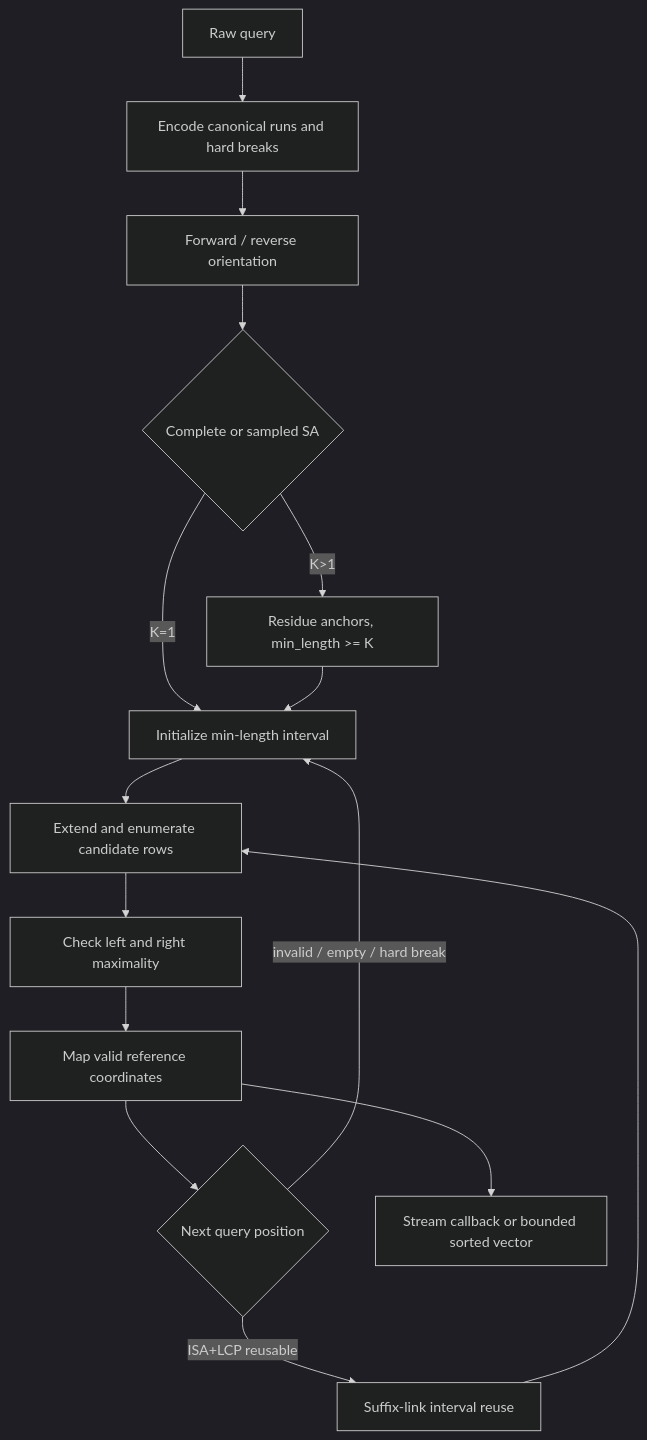
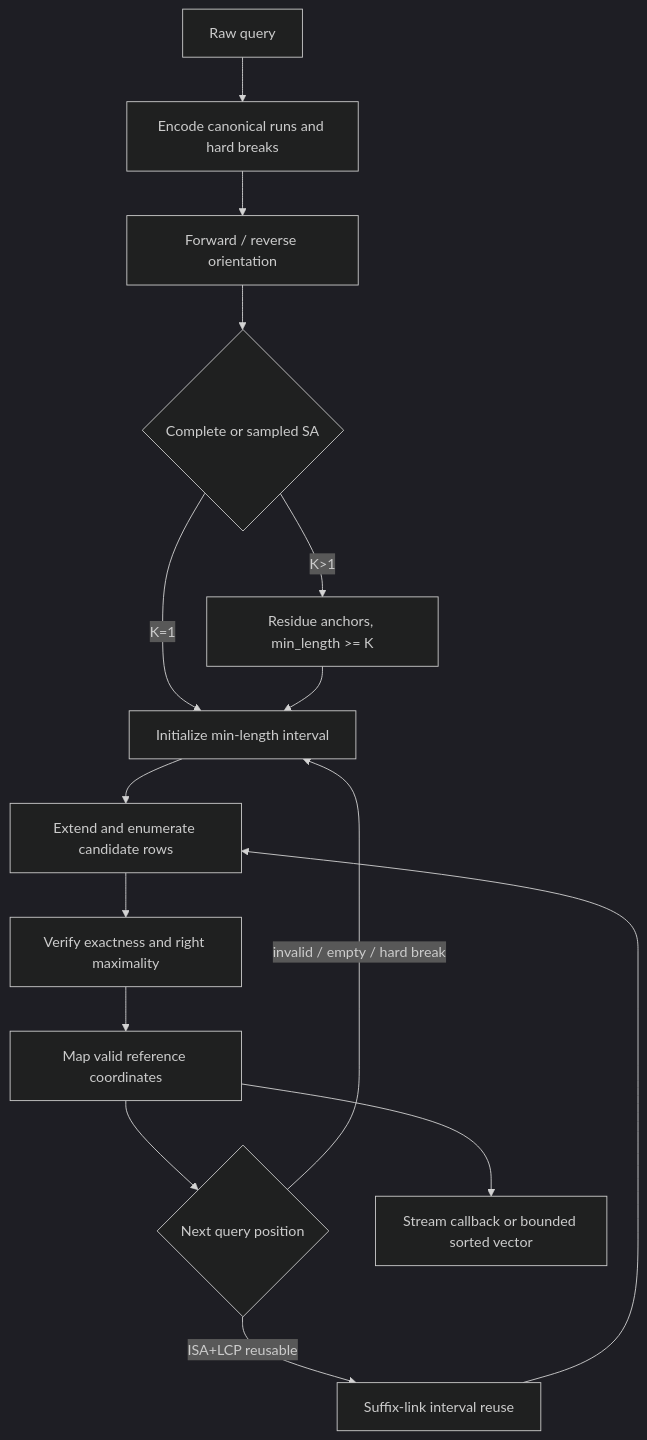
One commit to malabz/sufkit changed the fourth of 5 diagrams in docs/development/architecture.md. Above: the diagram before and after it, drawn with Mermaid (dark theme). The commit also changed other lines of this file and 54 other files, not shown here.

````diff
--- a/docs/development/architecture.md
+++ b/docs/development/architecture.md
@@ -111,17 +111,17 @@
 ```mermaid
 flowchart TD
     Q[Raw query] --> H[Encode canonical runs and hard breaks]
     H --> O[Forward / reverse orientation]
     O --> R{Complete or sampled SA}
     R -->|K=1| I[Initialize min-length interval]
     R -->|K>1| A[Residue anchors, min_length >= K]
     A --> I
     I --> E[Extend and enumerate candidate rows]
-    E --> M[Check left and right maximality]
+    E --> M[Verify exactness and right maximality]
     M --> C[Map valid reference coordinates]
     C --> SL{Next query position}
     SL -->|ISA+LCP reusable| U[Suffix-link interval reuse]
     SL -->|invalid / empty / hard break| I
     U --> E
     C --> F[Stream callback or bounded sorted vector]
 ```
````
